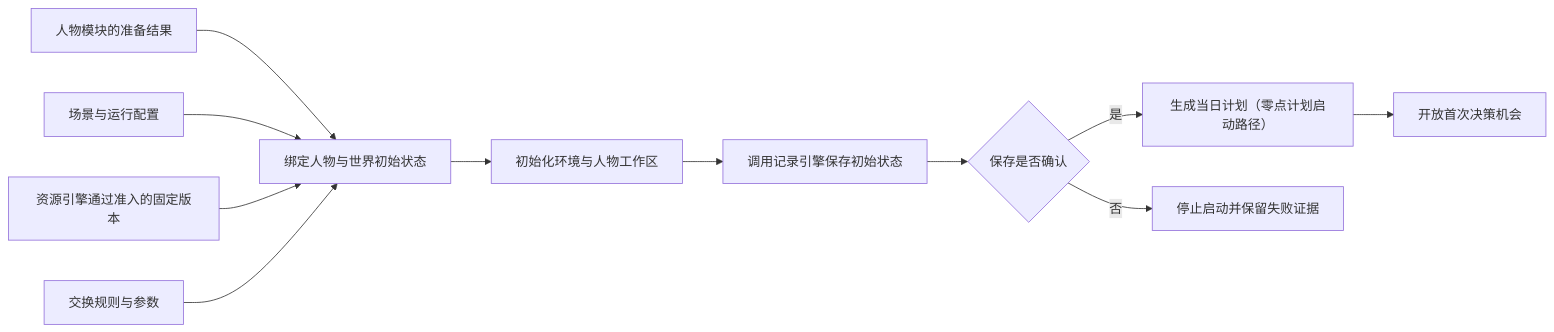
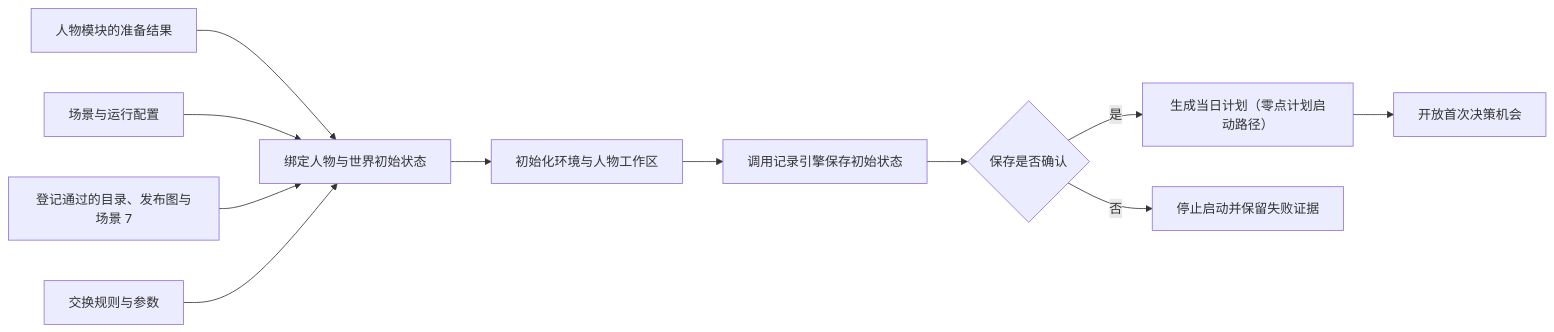
The second of 12 diagrams in docs/design/04-simulation-engine.md (HoldThatThgt/WorldMock), drawn with Mermaid before and after one commit. The commit also changed other lines of this file and 79 other files, not shown here.

Commit message:
feat(life): derive travel and location evidence from the published graph

````diff
--- a/docs/design/04-simulation-engine.md
+++ b/docs/design/04-simulation-engine.md
@@ -148,13 +150,13 @@
 ```mermaid
 flowchart LR
     P[人物模块的准备结果] --> B[绑定人物与世界初始状态]
     S[场景与运行配置] --> B
-    R[资源引擎通过准入的固定版本] --> B
+    R[登记通过的目录、发布图与场景 7] --> B
     X[交换规则与参数] --> B
     B --> E[初始化环境与人物工作区]
     E --> F[调用记录引擎保存初始状态]
     F --> C{保存是否确认}
     C -->|是| G[生成当日计划（零点计划启动路径）]
     G --> A[开放首次决策机会]
     C -->|否| STOP[停止启动并保留失败证据]
 ```
````
